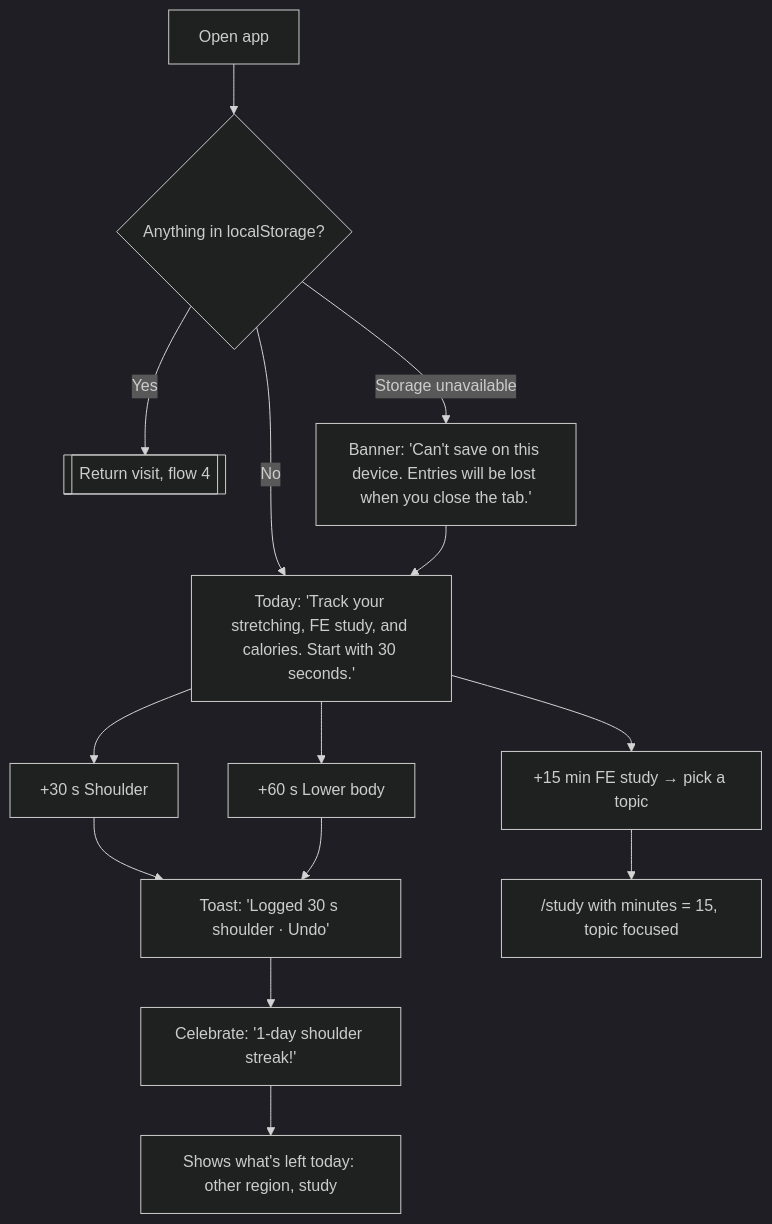
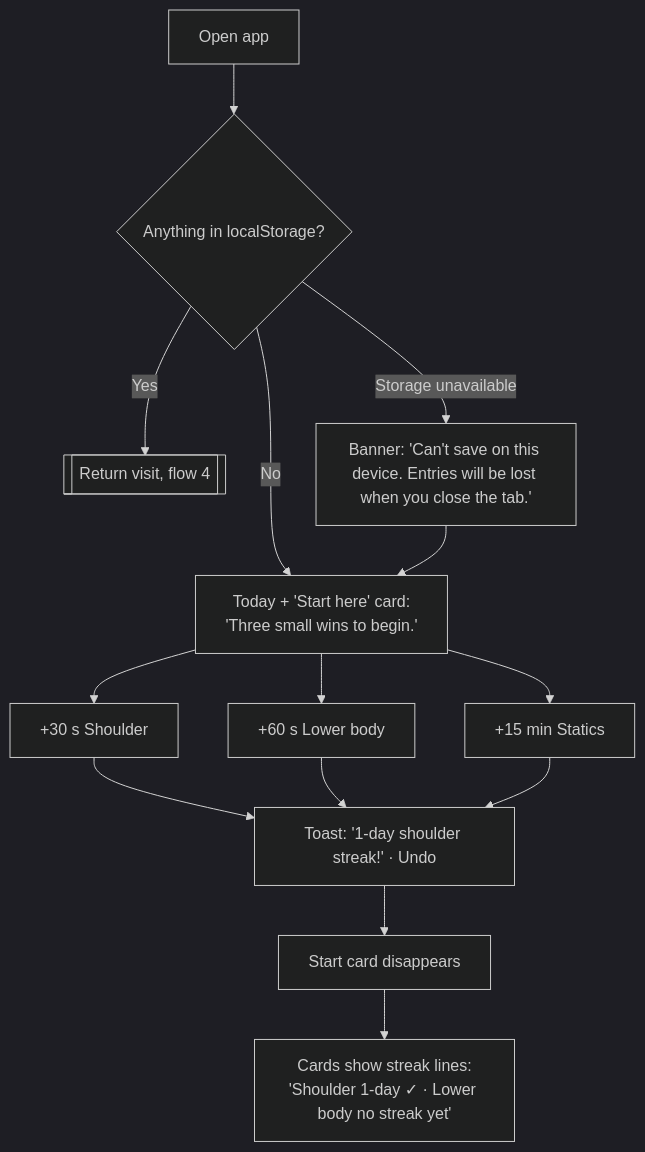
Before and after one commit to phamkd17/DBS-Assignment3: the second of 4 diagrams in flows.md, drawn with Mermaid (dark theme). The commit also changed other lines of this file and 11 other files, not shown here.

````diff
--- a/flows.md
+++ b/flows.md
@@ -30,16 +30,16 @@
 ```mermaid
 flowchart TD
   A[Open app] --> B{Anything in localStorage?}
-  B -- No --> C["Today: 'Track your stretching, FE study, and calories. Start with 30 seconds.'"]
+  B -- No --> C["Today + 'Start here' card:<br/>'Three small wins to begin.'"]
   B -- Yes --> R[[Return visit, flow 4]]
   B -- Storage unavailable --> X["Banner: 'Can't save on this device. Entries will be lost when you close the tab.'"]
   X --> C
   C --> D["+30 s Shoulder"]
   C --> E["+60 s Lower body"]
-  C --> F["+15 min FE study → pick a topic"]
-  D --> G["Toast: 'Logged 30 s shoulder · Undo'"]
+  C --> F["+15 min Statics"]
+  D --> G["Toast: '1-day shoulder streak!' · Undo"]
   E --> G
-  F --> H["/study with minutes = 15, topic focused"]
-  G --> I["Celebrate: '1-day shoulder streak!'"]
-  I --> J[Shows what's left today: other region, study]
+  F --> G
+  G --> H["Start card disappears"]
+  H --> I["Cards show streak lines:<br/>'Shoulder 1-day ✓ · Lower body no streak yet'"]
 ```
````
